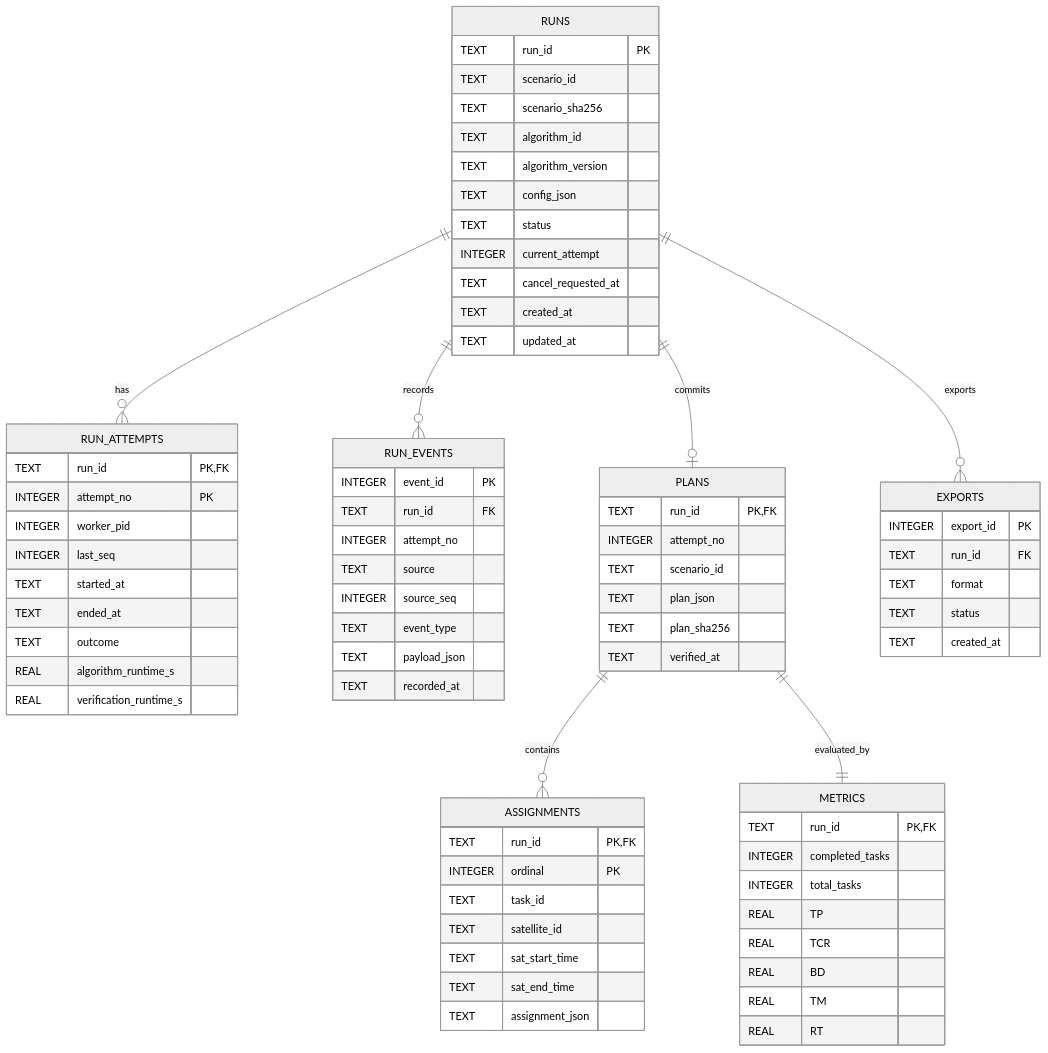
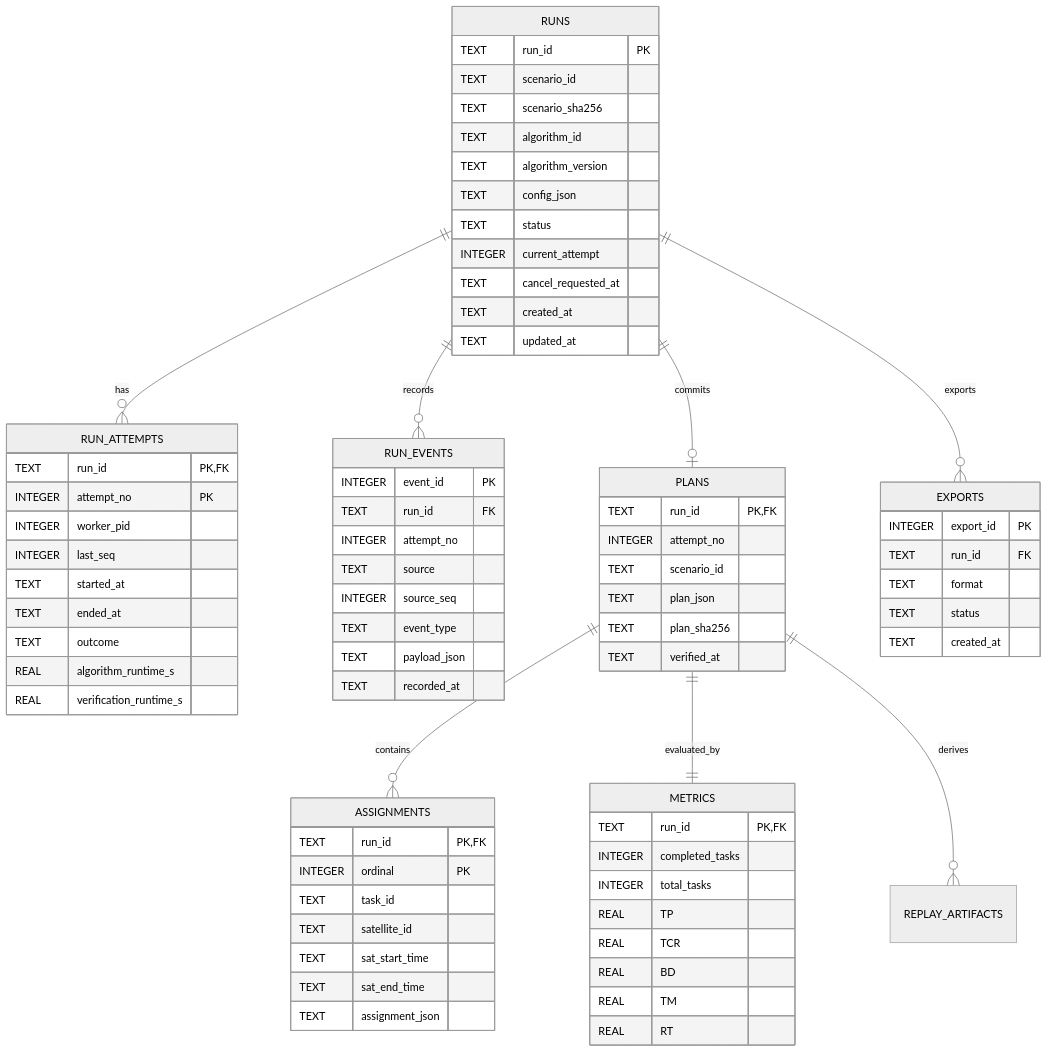
Before and after one commit to TonyLizt/EOS-Course-Project: the diagram in docs/phase2/database_design_target.md, drawn with Mermaid (neutral theme). The commit also changed other lines of this file and 15 other files, not shown here.

````diff
--- a/docs/phase2/database_design_target.md
+++ b/docs/phase2/database_design_target.md
@@ -18,78 +26,79 @@
 ```mermaid
 erDiagram
     RUNS ||--o{ RUN_ATTEMPTS : "has"
     RUNS ||--o{ RUN_EVENTS : "records"
     RUNS ||--o| PLANS : "commits"
     PLANS ||--o{ ASSIGNMENTS : "contains"
     PLANS ||--|| METRICS : "evaluated_by"
     RUNS ||--o{ EXPORTS : "exports"
+    PLANS ||--o{ REPLAY_ARTIFACTS : "derives"
 
     RUNS {
         TEXT run_id PK
         TEXT scenario_id
         TEXT scenario_sha256
         TEXT algorithm_id
         TEXT algorithm_version
         TEXT config_json
         TEXT status
         INTEGER current_attempt
         TEXT cancel_requested_at
         TEXT created_at
         TEXT updated_at
     }
     RUN_ATTEMPTS {
         TEXT run_id PK,FK
         INTEGER attempt_no PK
         INTEGER worker_pid
         INTEGER last_seq
         TEXT started_at
         TEXT ended_at
         TEXT outcome
         REAL algorithm_runtime_s
         REAL verification_runtime_s
     }
     RUN_EVENTS {
         INTEGER event_id PK
         TEXT run_id FK
         INTEGER attempt_no
         TEXT source
         INTEGER source_seq
         TEXT event_type
         TEXT payload_json
         TEXT recorded_at
     }
     PLANS {
         TEXT run_id PK,FK
         INTEGER attempt_no
         TEXT scenario_id
         TEXT plan_json
         TEXT plan_sha256
         TEXT verified_at
     }
     ASSIGNMENTS {
         TEXT run_id PK,FK
         INTEGER ordinal PK
         TEXT task_id
         TEXT satellite_id
         TEXT sat_start_time
         TEXT sat_end_time
         TEXT assignment_json
     }
     METRICS {
         TEXT run_id PK,FK
         INTEGER completed_tasks
         INTEGER total_tasks
         REAL TP
         REAL TCR
         REAL BD
         REAL TM
         REAL RT
     }
     EXPORTS {
         INTEGER export_id PK
         TEXT run_id FK
         TEXT format
         TEXT status
         TEXT created_at
     }
 ```
````
